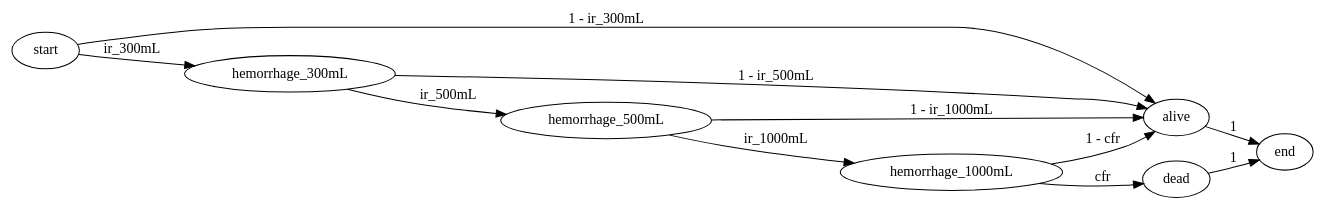
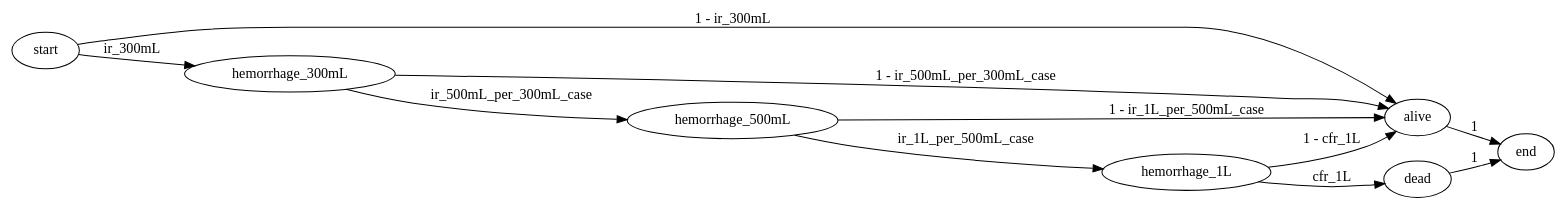
The diagram in docs/source/models/causes/maternal_disorders/gbd_2021_mncnh/postpartum_hemorrhage.rst (ihmeuw/vivarium_research), drawn with Graphviz before and after one commit. The commit also changed other lines of this file and 1 other file, not shown here.

```diff
--- a/docs/source/models/causes/maternal_disorders/gbd_2021_mncnh/postpartum_hemorrhage.rst
+++ b/docs/source/models/causes/maternal_disorders/gbd_2021_mncnh/postpartum_hemorrhage.rst
@@ -168,20 +170,20 @@
 .. graphviz::
 
     digraph hemorrhage_decisions {
         rankdir = LR;
         start
         end
         alive
         dead
 
         start -> alive [label = "1 - ir_300mL"]
         start -> hemorrhage_300mL [label = "ir_300mL"]
-        hemorrhage_300mL -> alive [label = "1 - ir_500mL"]
-        hemorrhage_300mL -> hemorrhage_500mL [label = "ir_500mL"]
-        hemorrhage_500mL -> alive [label = "1 - ir_1000mL"]
-        hemorrhage_500mL -> hemorrhage_1000mL [label = "ir_1000mL"]
-        hemorrhage_1000mL -> alive [label = "1 - cfr"]
-        hemorrhage_1000mL -> dead [label = "cfr"]
+        hemorrhage_300mL -> alive [label = "1 - ir_500mL_per_300mL_case"]
+        hemorrhage_300mL -> hemorrhage_500mL [label = "ir_500mL_per_300mL_case"]
+        hemorrhage_500mL -> alive [label = "1 - ir_1L_per_500mL_case"]
+        hemorrhage_500mL -> hemorrhage_1L [label = "ir_1L_per_500mL_case"]
+        hemorrhage_1L -> alive [label = "1 - cfr_1L"]
+        hemorrhage_1L -> dead [label = "cfr_1L"]
         alive -> end  [label = "1"]
         dead -> end  [label = "1"]
     }
```
